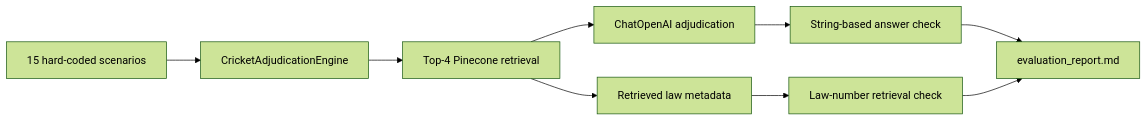
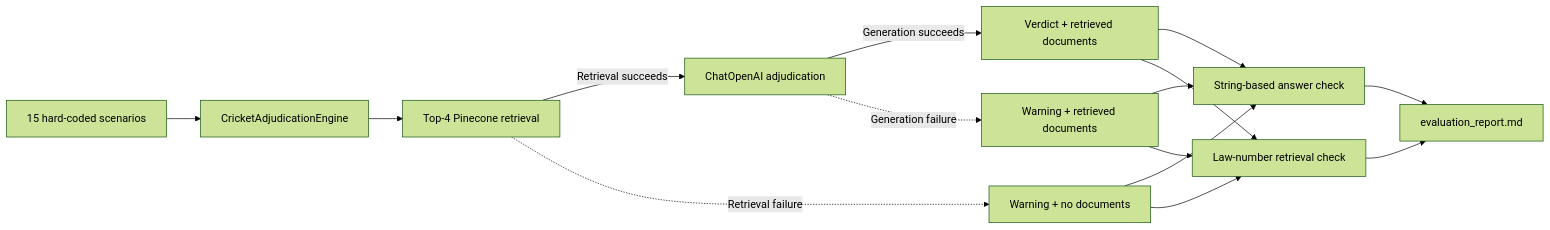
One commit to shanly-rajan/ai-builder changed the diagram in projects/cricket-rag-engine/docs/evaluation.md. Above: the diagram before and after it, drawn with Mermaid (forest theme). The commit also changed other lines of this file and 2 other files, not shown here.

Commit message:
feat: enhance evaluation and architecture documentation for error handling and UI improvements

````diff
--- a/projects/cricket-rag-engine/docs/evaluation.md
+++ b/projects/cricket-rag-engine/docs/evaluation.md
@@ -15,11 +15,17 @@
 ```mermaid
 flowchart LR
     A[15 hard-coded scenarios] --> B[CricketAdjudicationEngine]
     B --> C[Top-4 Pinecone retrieval]
-    C --> D[ChatOpenAI adjudication]
-    C --> E[Retrieved law metadata]
-    D --> F[String-based answer check]
+    C -->|Retrieval succeeds| D[ChatOpenAI adjudication]
+    D -->|Generation succeeds| E[Verdict + retrieved documents]
+    C -. Retrieval failure .-> W1[Warning + no documents]
+    D -. Generation failure .-> W2[Warning + retrieved documents]
+    E --> F[String-based answer check]
+    W1 --> F
+    W2 --> F
     E --> G[Law-number retrieval check]
+    W1 --> G
+    W2 --> G
     F --> H[evaluation_report.md]
     G --> H
 ```
````
